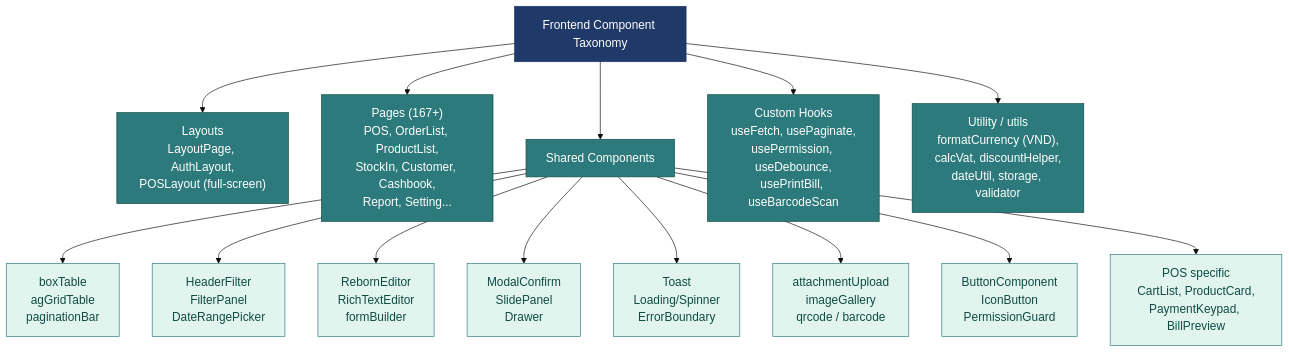
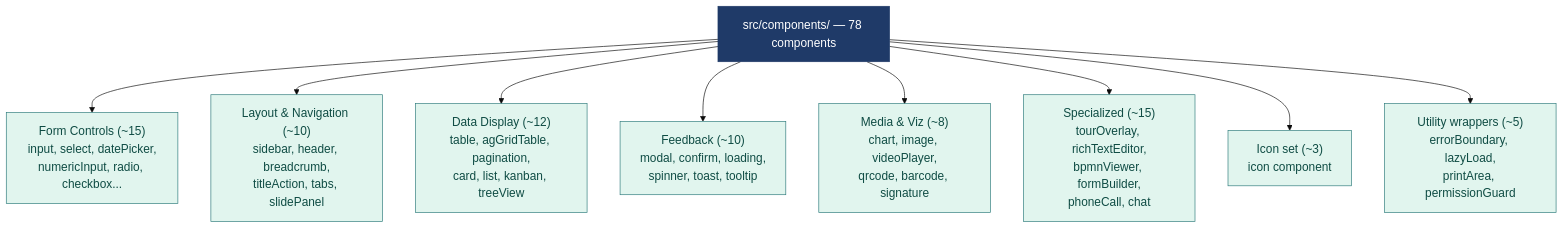
One commit to ducdung872001/cloud-crm changed the diagram in docs/sa/diagrams/sources/10-component-categories.mmd. Above: the diagram before and after it, drawn with Mermaid. The commit also changed 1441 other files, not shown here.

Commit message:
fix(fetch): Hostname strict — local luôn kcn.reborn.vn, live ăn location.hostname (community-hub)

```diff
--- a/docs/sa/diagrams/sources/10-component-categories.mmd
+++ b/docs/sa/diagrams/sources/10-component-categories.mmd
@@ -1,26 +1,17 @@
 %%{init: {'theme':'base','themeVariables':{'fontFamily':'Calibri','fontSize':'18px'}}}%%
 flowchart TB
-    ROOT["Frontend Component Taxonomy"]
-
-    ROOT --> LAY["Layouts<br/>LayoutPage, AuthLayout,<br/>POSLayout (full-screen)"]
-    ROOT --> PGS["Pages (167+)<br/>POS, OrderList, ProductList,<br/>StockIn, Customer, Cashbook,<br/>Report, Setting..."]
-    ROOT --> SHARED["Shared Components"]
-    ROOT --> HOOKS["Custom Hooks<br/>useFetch, usePaginate,<br/>usePermission, useDebounce,<br/>usePrintBill, useBarcodeScan"]
-    ROOT --> UTIL["Utility / utils<br/>formatCurrency (VND),<br/>calcVat, discountHelper,<br/>dateUtil, storage, validator"]
-
-    SHARED --> TBL["boxTable<br/>agGridTable<br/>paginationBar"]
-    SHARED --> FLT["HeaderFilter<br/>FilterPanel<br/>DateRangePicker"]
-    SHARED --> EDT["RebornEditor<br/>RichTextEditor<br/>formBuilder"]
-    SHARED --> MDL["ModalConfirm<br/>SlidePanel<br/>Drawer"]
-    SHARED --> FB["Toast<br/>Loading/Spinner<br/>ErrorBoundary"]
-    SHARED --> MED["attachmentUpload<br/>imageGallery<br/>qrcode / barcode"]
-    SHARED --> BTN["ButtonComponent<br/>IconButton<br/>PermissionGuard"]
-    SHARED --> POS_C["POS specific<br/>CartList, ProductCard,<br/>PaymentKeypad, BillPreview"]
+    ROOT["src/components/ — 78 components"]
+    ROOT --> FORM["Form Controls (~15)<br/>input, select, datePicker,<br/>numericInput, radio, checkbox..."]
+    ROOT --> LAYOUT["Layout & Navigation (~10)<br/>sidebar, header, breadcrumb,<br/>titleAction, tabs, slidePanel"]
+    ROOT --> DATA["Data Display (~12)<br/>table, agGridTable, pagination,<br/>card, list, kanban, treeView"]
+    ROOT --> FB["Feedback (~10)<br/>modal, confirm, loading,<br/>spinner, toast, tooltip"]
+    ROOT --> MEDIA["Media & Viz (~8)<br/>chart, image, videoPlayer,<br/>qrcode, barcode, signature"]
+    ROOT --> SPEC["Specialized (~15)<br/>tourOverlay, richTextEditor,<br/>bpmnViewer, formBuilder,<br/>phoneCall, chat"]
+    ROOT --> ICON["Icon set (~3)<br/>icon component"]
+    ROOT --> UTIL["Utility wrappers (~5)<br/>errorBoundary, lazyLoad,<br/>printArea, permissionGuard"]
 
     classDef root fill:#1F3A68,stroke:#1F3A68,color:#fff
-    classDef cat fill:#2C7A7B,stroke:#0F4C44,color:#fff
-    classDef sub fill:#E1F5EE,stroke:#2C7A7B,color:#0F4C44
+    classDef cat fill:#E1F5EE,stroke:#2C7A7B,color:#0F4C44
 
     class ROOT root
-    class LAY,PGS,SHARED,HOOKS,UTIL cat
-    class TBL,FLT,EDT,MDL,FB,MED,BTN,POS_C sub
+    class FORM,LAYOUT,DATA,FB,MEDIA,SPEC,ICON,UTIL cat
```
